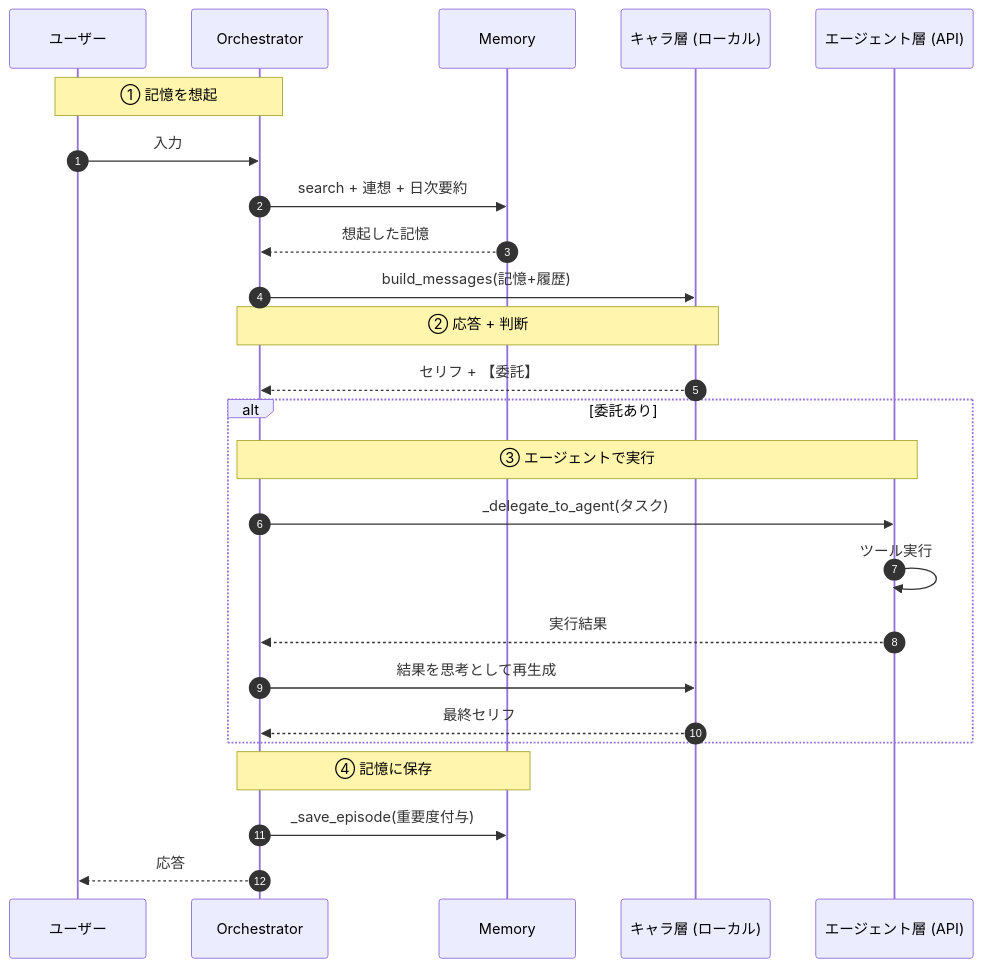
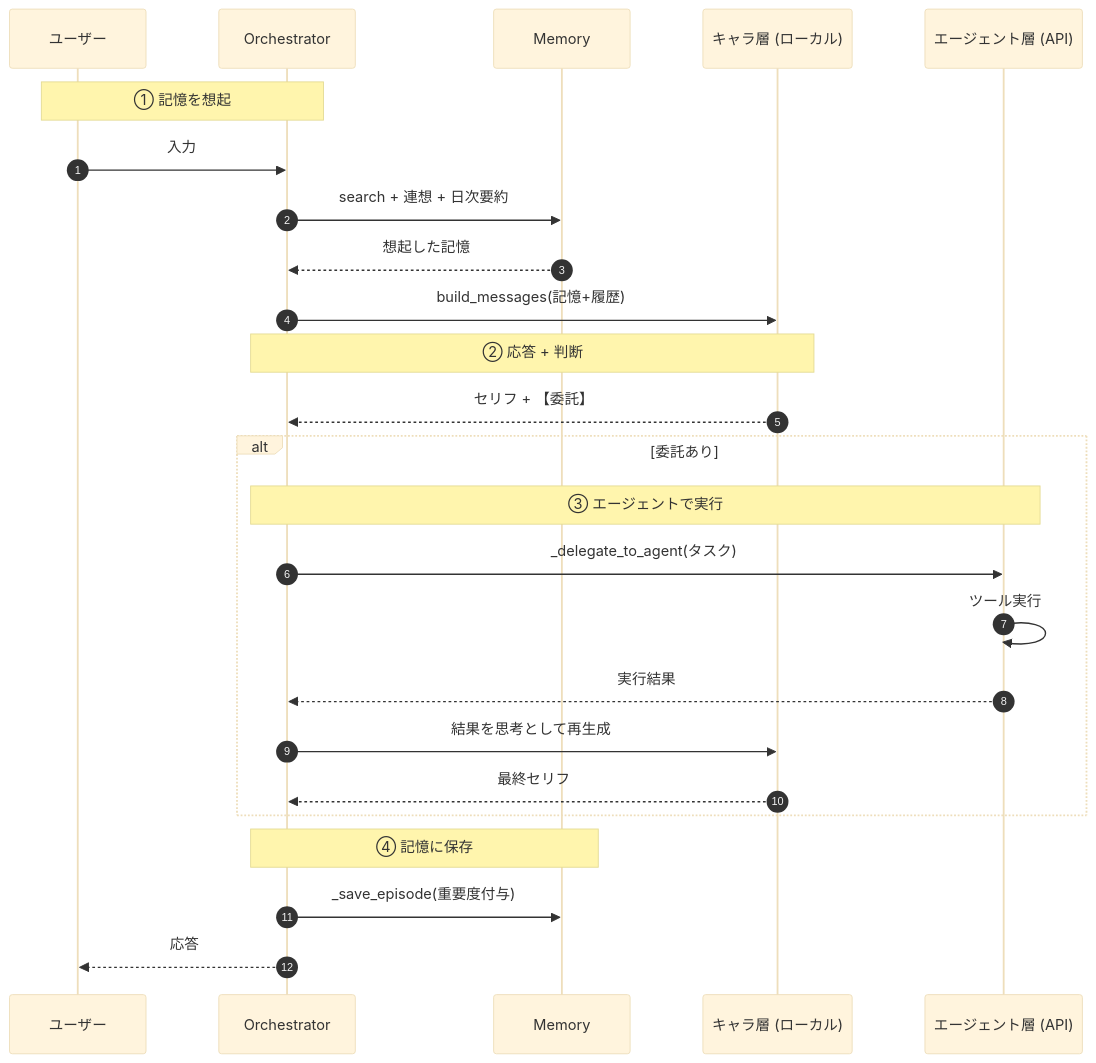
Before and after one commit to kuroron000234/Project-Lucina: the third of 4 diagrams in README.md, drawn with Mermaid. The commit also changed other lines of this file, not shown here.

Commit message:
Enlarge overall-view and conversation-flow diagrams (larger font and spacing)

````diff
--- a/README.md
+++ b/README.md
@@ -100,31 +101,32 @@
 ```mermaid
+%%{init: {"theme": "base", "themeVariables": {"fontSize": "17px"}, "sequence": {"actorMargin": 80, "messageMargin": 60, "activationWidth": 14, "boxMargin": 15}}}%%
 sequenceDiagram
     autonumber
     participant U as ユーザー
     participant O as Orchestrator
     participant M as Memory
     participant C as キャラ層 (ローカル)
     participant A as エージェント層 (API)
 
     Note over U,O: ① 記憶を想起
     U->>O: 入力
     O->>M: search + 連想 + 日次要約
     M-->>O: 想起した記憶
     O->>C: build_messages(記憶+履歴)
 
     Note over O,C: ② 応答 + 判断
     C-->>O: セリフ + 【委託】
 
     alt 委託あり
         Note over O,A: ③ エージェントで実行
         O->>A: _delegate_to_agent(タスク)
         A->>A: ツール実行
         A-->>O: 実行結果
         O->>C: 結果を思考として再生成
         C-->>O: 最終セリフ
     end
 
     Note over O,M: ④ 記憶に保存
     O->>M: _save_episode(重要度付与)
     O-->>U: 応答
 ```
````
